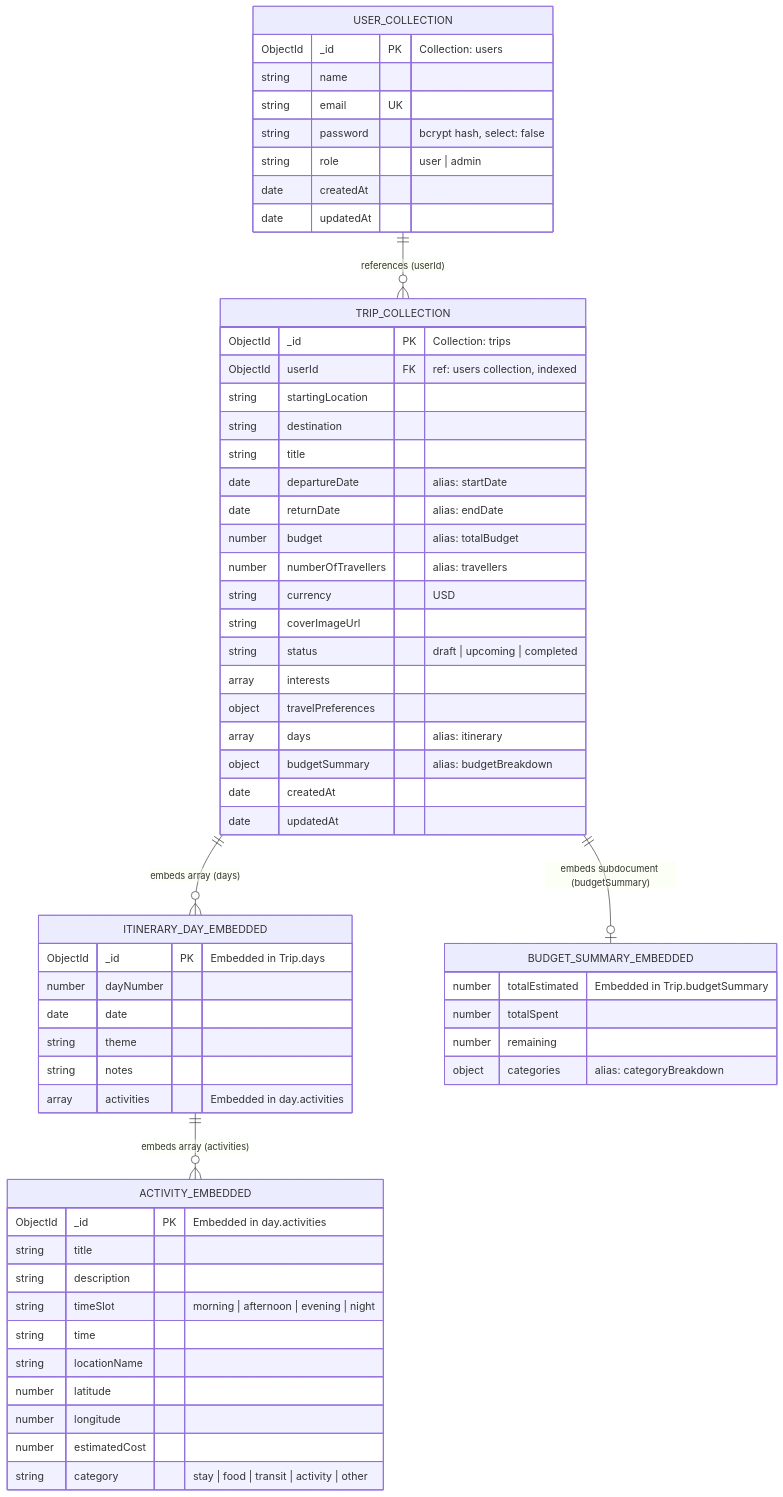
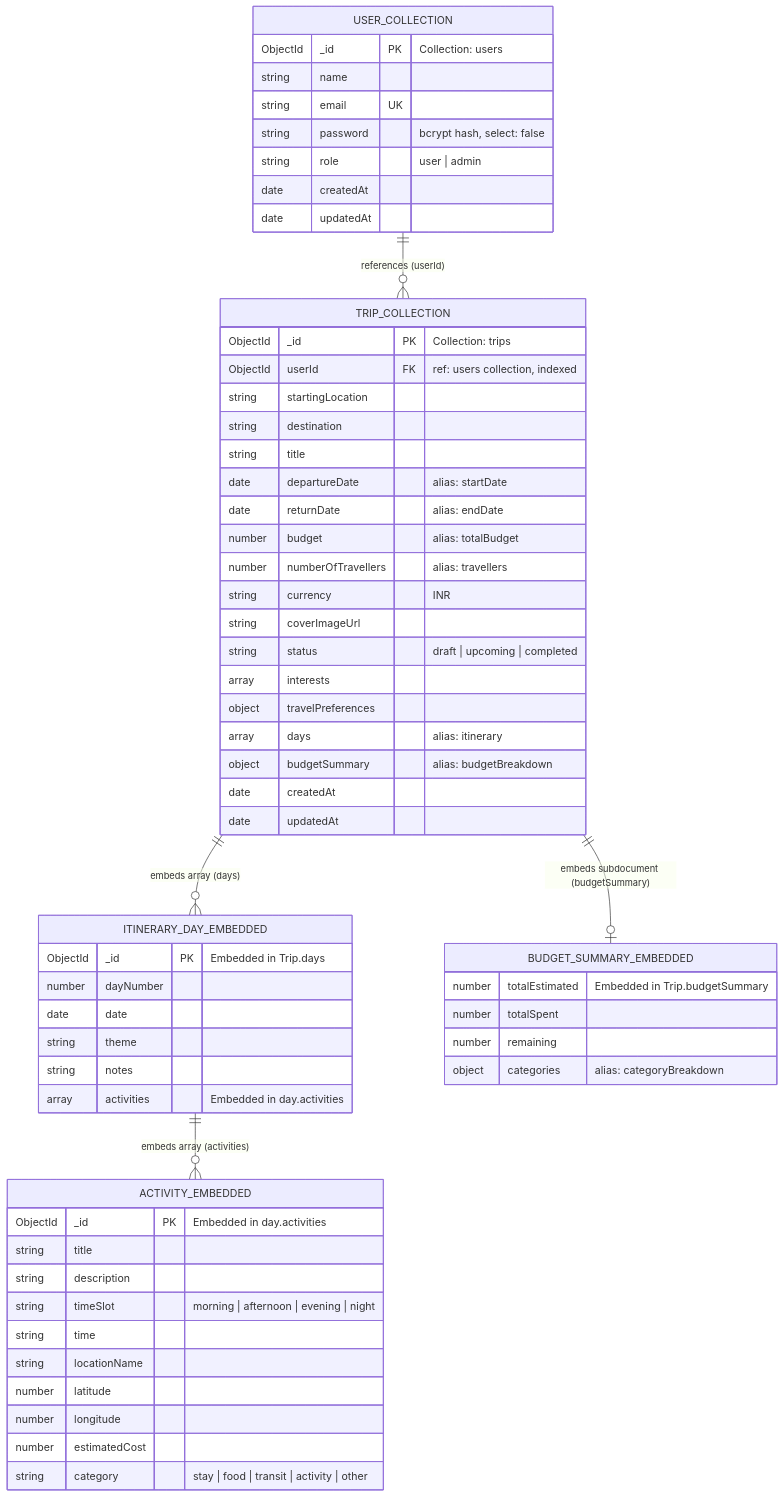
One commit to abhijeet5423/TripMind changed the third of 3 diagrams in ARCHITECTURE.md. Above: the diagram before and after it, drawn with Mermaid. The commit also changed 22 other files, not shown here.

Commit message:
feat: default new trips to INR currency

````diff
--- a/ARCHITECTURE.md
+++ b/ARCHITECTURE.md
@@ -210,67 +210,67 @@
 ```mermaid
 erDiagram
     USER_COLLECTION ||--o{ TRIP_COLLECTION : "references (userId)"
     TRIP_COLLECTION ||--o{ ITINERARY_DAY_EMBEDDED : "embeds array (days)"
     ITINERARY_DAY_EMBEDDED ||--o{ ACTIVITY_EMBEDDED : "embeds array (activities)"
     TRIP_COLLECTION ||--o| BUDGET_SUMMARY_EMBEDDED : "embeds subdocument (budgetSummary)"
 
     USER_COLLECTION {
         ObjectId _id PK "Collection: users"
         string name
         string email UK
         string password "bcrypt hash, select: false"
         string role "user | admin"
         date createdAt
         date updatedAt
     }
 
     TRIP_COLLECTION {
         ObjectId _id PK "Collection: trips"
         ObjectId userId FK "ref: users collection, indexed"
         string startingLocation
         string destination
         string title
         date departureDate "alias: startDate"
         date returnDate "alias: endDate"
         number budget "alias: totalBudget"
         number numberOfTravellers "alias: travellers"
-        string currency "USD"
+        string currency "INR"
         string coverImageUrl
         string status "draft | upcoming | completed"
         array interests
         object travelPreferences
         array days "alias: itinerary"
         object budgetSummary "alias: budgetBreakdown"
         date createdAt
         date updatedAt
     }
 
     ITINERARY_DAY_EMBEDDED {
         ObjectId _id PK "Embedded in Trip.days"
         number dayNumber
         date date
         string theme
         string notes
         array activities "Embedded in day.activities"
     }
 
     ACTIVITY_EMBEDDED {
         ObjectId _id PK "Embedded in day.activities"
         string title
         string description
         string timeSlot "morning | afternoon | evening | night"
         string time
         string locationName
         number latitude
         number longitude
         number estimatedCost
         string category "stay | food | transit | activity | other"
     }
 
     BUDGET_SUMMARY_EMBEDDED {
         number totalEstimated "Embedded in Trip.budgetSummary"
         number totalSpent
         number remaining
         object categories "alias: categoryBreakdown"
     }
 ```
````
